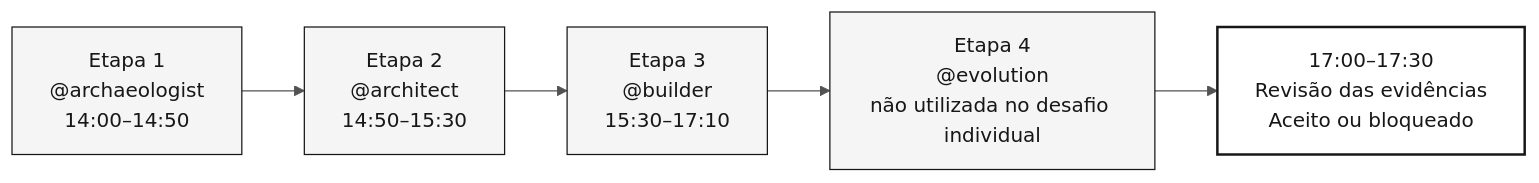
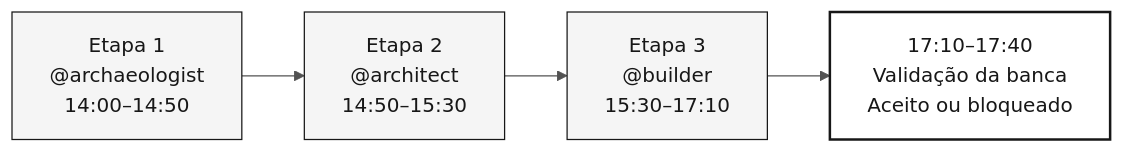
One commit to serpro-workshop-floripa/sifap-workshop-paula-00 changed the diagram in 06-stage-agents/README.md. Above: the diagram before and after it, drawn with Mermaid. The commit also changed other lines of this file and 93 other files, not shown here.

````diff
--- a/06-stage-agents/README.md
+++ b/06-stage-agents/README.md
@@ -55,11 +55,10 @@
 ```mermaid
 %%{init: {'theme':'neutral','themeVariables':{'fontFamily':'ui-sans-serif, system-ui, sans-serif','primaryColor':'#F5F5F5','primaryTextColor':'#171717','primaryBorderColor':'#171717','lineColor':'#525252','secondaryColor':'#FFFFFF','tertiaryColor':'#FAFAFA','background':'#FFFFFF'}}}%%
 flowchart LR
     classDef step fill:#F5F5F5,stroke:#171717,color:#171717
     classDef result fill:#FFFFFF,stroke:#171717,color:#171717,stroke-width:2px
 
     A["Etapa 1<br/>@archaeologist<br/>14:00–14:50"]:::step --> B["Etapa 2<br/>@architect<br/>14:50–15:30"]:::step
     B --> C["Etapa 3<br/>@builder<br/>15:30–17:10"]:::step
-    C --> D["Etapa 4<br/>@evolution<br/>não utilizada no desafio individual"]:::step
-    D --> E["17:00–17:30<br/>Revisão das evidências<br/>Aceito ou bloqueado"]:::result
+    C --> E["17:10–17:40<br/>Validação da banca<br/>Aceito ou bloqueado"]:::result
 ```
````
